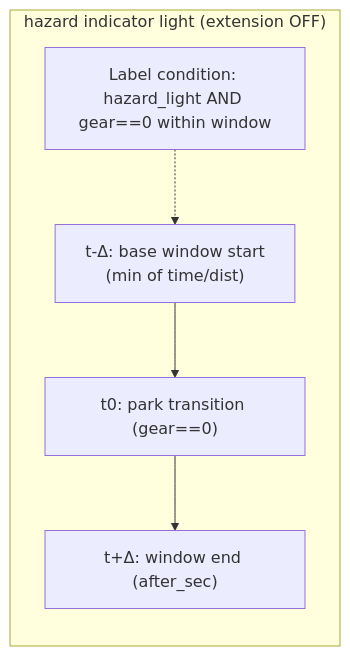
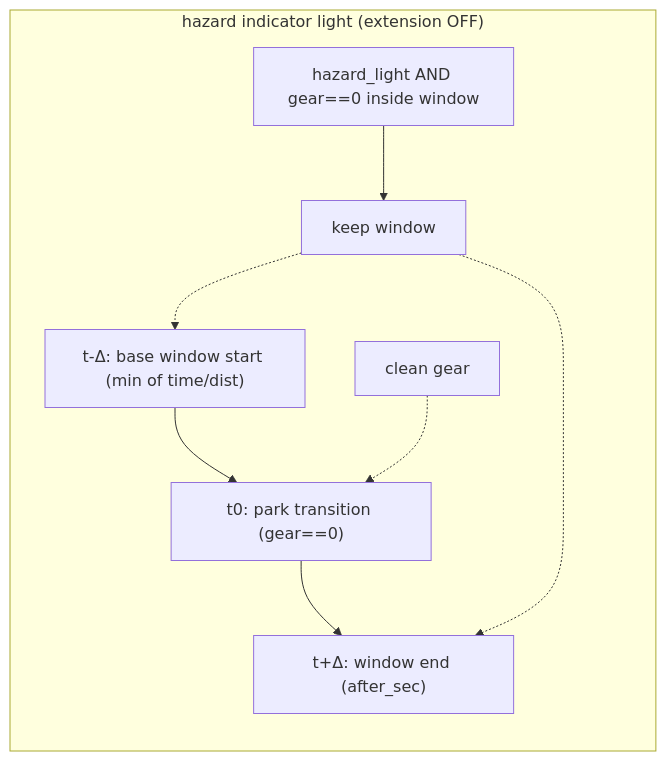
Before and after one commit to borisindelman-oss/vault: the fifth of 5 diagrams in codex/WayveCode/projects/zak-classifiers-parking-maneuver.md, drawn with Mermaid. The commit also changed other lines of this file, not shown here.

````diff
--- a/codex/WayveCode/projects/zak-classifiers-parking-maneuver.md
+++ b/codex/WayveCode/projects/zak-classifiers-parking-maneuver.md
@@ -73,8 +85,11 @@
 ```mermaid
 flowchart LR
-    subgraph hazard_no_ext["hazard indicator light (extension OFF)"]
-        A["t-Δ: base window start<br/>(min of time/dist)"] --> B["t0: park transition (gear==0)"]
+    subgraph HZ_OFF["hazard indicator light (extension OFF)"]
+        A["t-Δ: base window start (min of time/dist)"] --> B["t0: park transition (gear==0)"]
         B --> C["t+Δ: window end (after_sec)"]
-        E["Label condition: hazard_light AND gear==0 within window"] -.-> A
+        CLEAN["clean gear"] -.-> B
+        LABEL["hazard_light AND gear==0 inside window"] --> KEEP["keep window"]
+        KEEP -.-> A
+        KEEP -.-> C
     end
 ```
````
